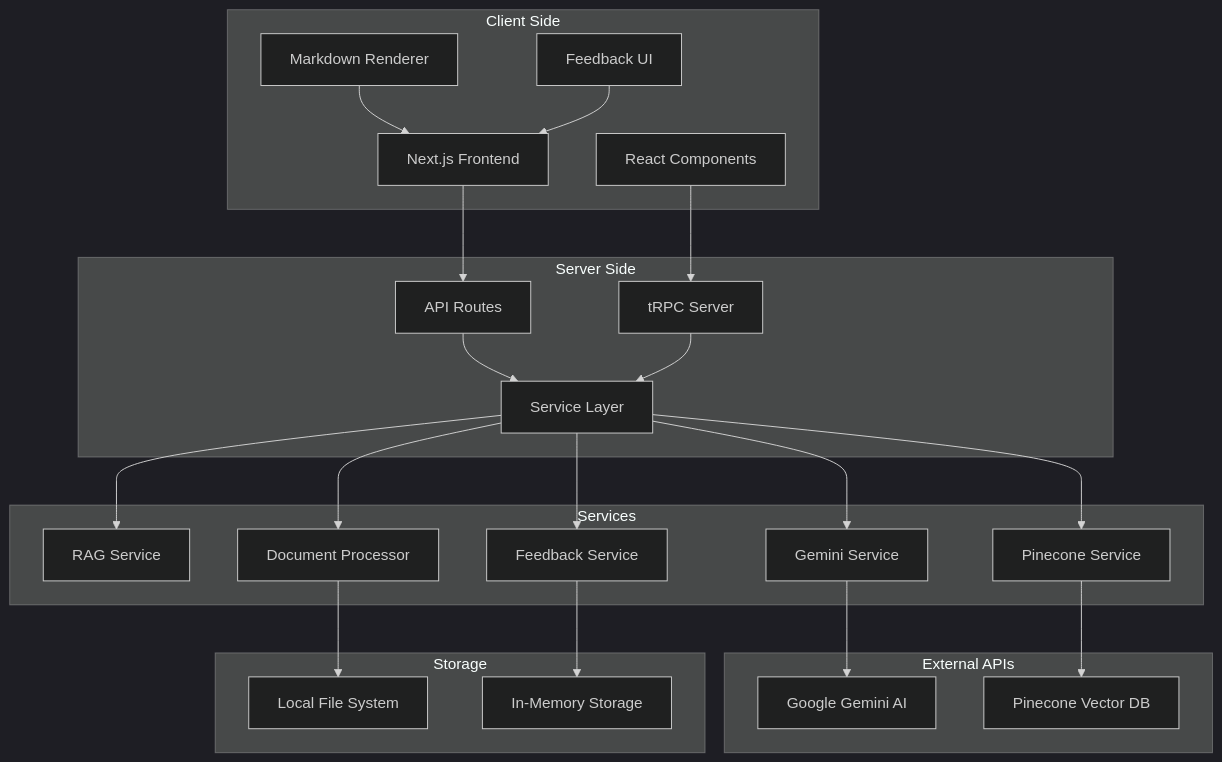
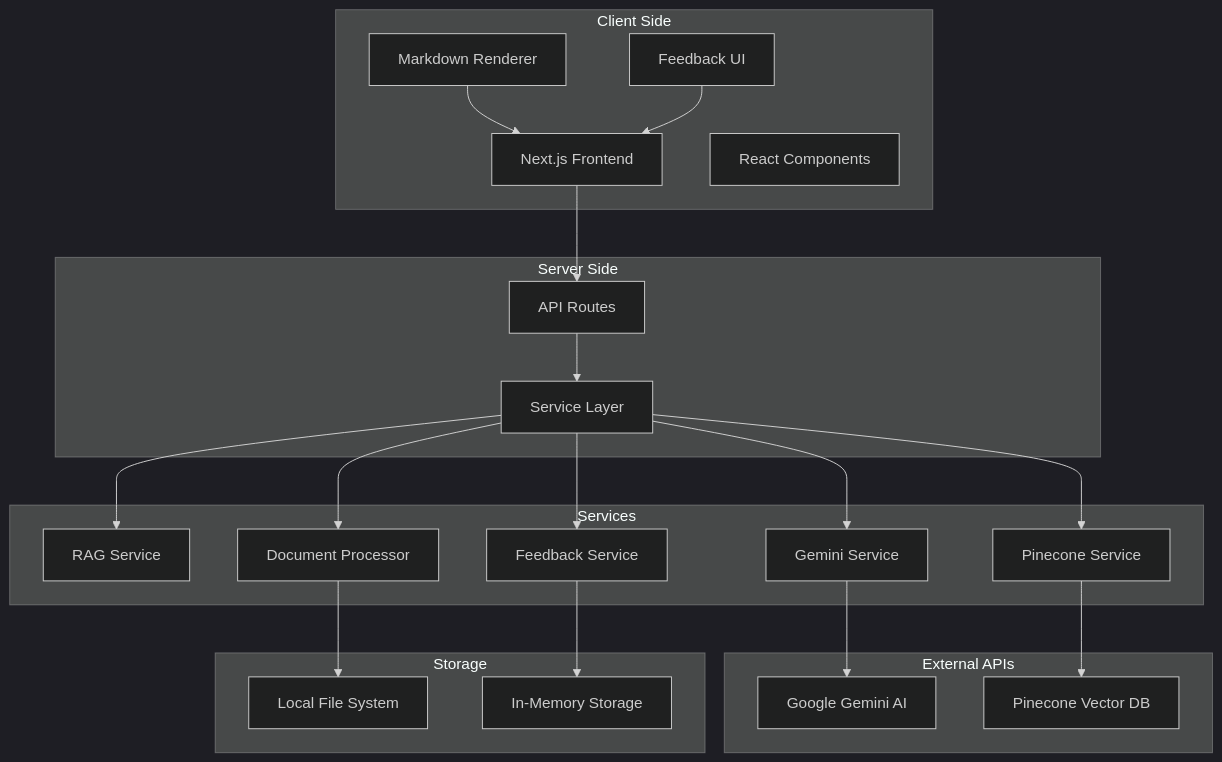
One commit to iouthnamain/rag-demo changed the second of 10 diagrams in documents/SRS/RAG-Chatbot-SRS.md. Above: the diagram before and after it, drawn with Mermaid (dark theme). The commit also changed other lines of this file and 5 other files, not shown here.

````diff
--- a/documents/SRS/RAG-Chatbot-SRS.md
+++ b/documents/SRS/RAG-Chatbot-SRS.md
@@ -102,52 +102,49 @@
 ```mermaid
 flowchart TD
     subgraph "Client Side"
         A[Next.js Frontend]
         B[React Components]
         C[Markdown Renderer]
         D[Feedback UI]
     end
     
     subgraph "Server Side"
         E[API Routes]
-        F[tRPC Server]
         G[Service Layer]
     end
     
     subgraph "Services"
         H[RAG Service]
         I[Gemini Service]
         J[Pinecone Service]
         K[Document Processor]
         L[Feedback Service]
     end
     
     subgraph "External APIs"
         M[Google Gemini AI]
         N[Pinecone Vector DB]
     end
     
     subgraph "Storage"
         O[Local File System]
         P[In-Memory Storage]
     end
     
     A --> E
-    B --> F
     C --> A
     D --> A
     
     E --> G
-    F --> G
     
     G --> H
     G --> I
     G --> J
     G --> K
     G --> L
     
     I --> M
     J --> N
     K --> O
     L --> P
 ```
````
